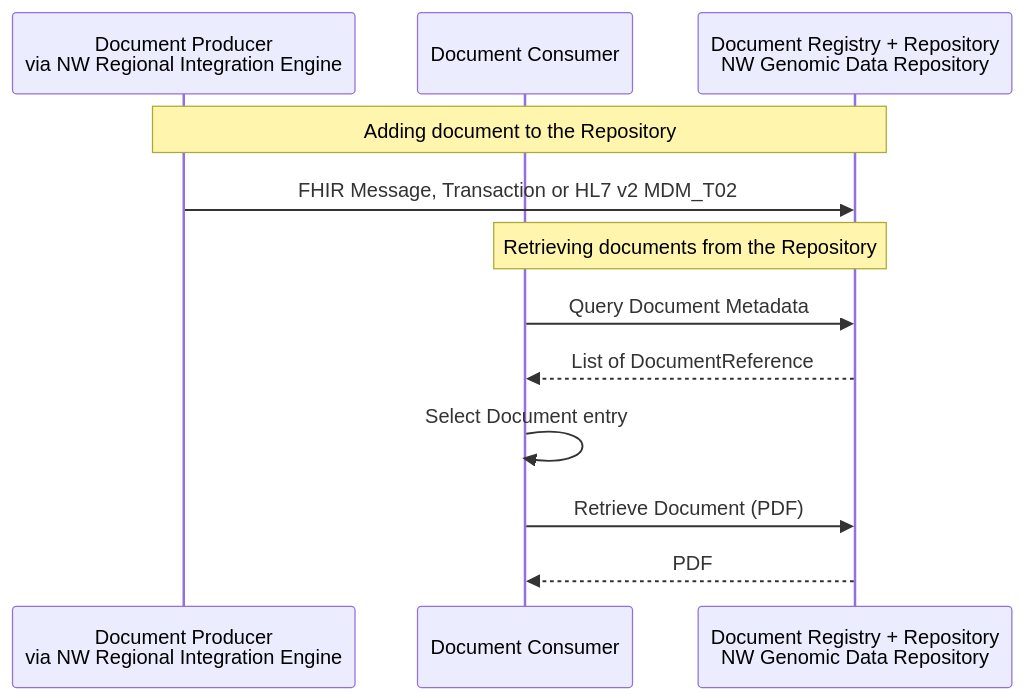
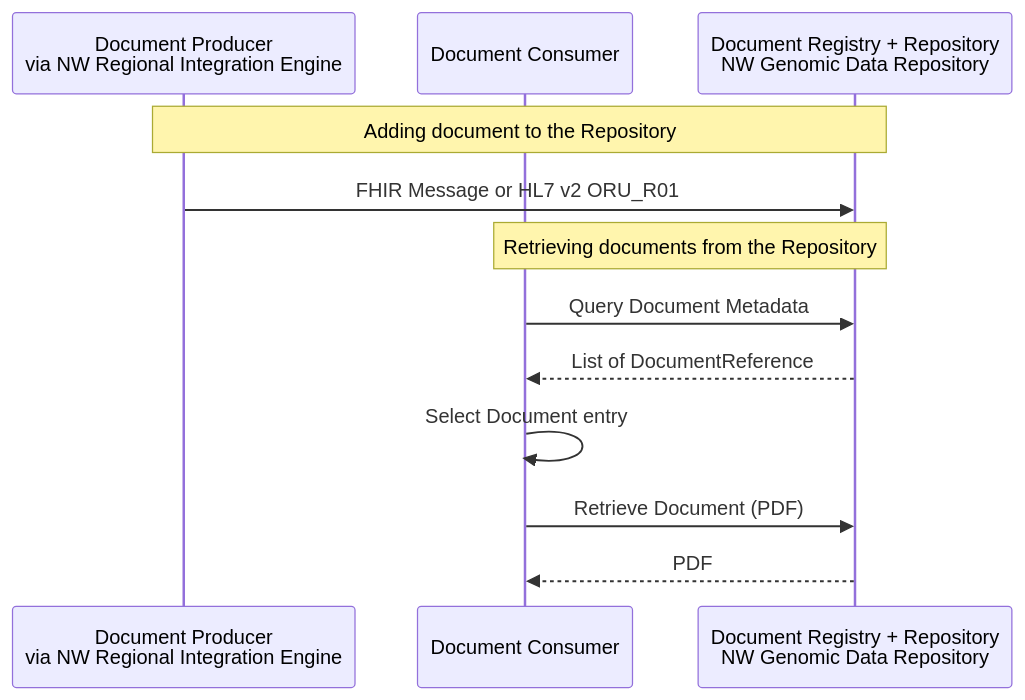
The third of 8 diagrams in input/pagecontent/workflow-report-options.md (uk-gov-mirror/nw-gmsa.nw-gmsa.github.com), drawn with Mermaid before and after one commit.

Commit message:
NRL Sequence diagram

````diff
--- a/input/pagecontent/workflow-report-options.md
+++ b/input/pagecontent/workflow-report-options.md
@@ -38,16 +38,16 @@
 ```mermaid
 sequenceDiagram
     participant Producer As Document Producer<br/>via NW Regional Integration Engine
     participant Consumer As Document Consumer
     participant Repository As Document Registry + Repository<br/>NW Genomic Data Repository
 
     Note over Producer,Repository: Adding document to the Repository
-    Producer ->> Repository: FHIR Message, Transaction or HL7 v2 MDM_T02 
+    Producer ->> Repository: FHIR Message or HL7 v2 ORU_R01
     Note over Consumer,Repository: Retrieving documents from the Repository
     Consumer ->> Repository: Query Document Metadata
     Repository -->> Consumer: List of DocumentReference
     Consumer ->> Consumer: Select Document entry
     Consumer ->> Repository: Retrieve Document (PDF)
     
     Repository -->> Consumer: PDF
 ```
````
